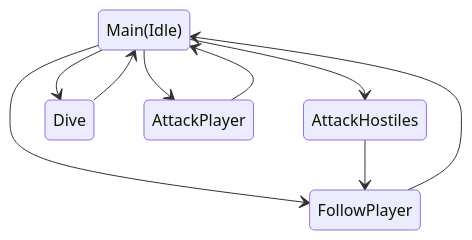
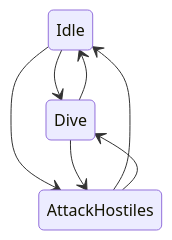
Before and after one commit to AkagawaTsurunaki/KonekoMinecraftBot: the diagram in README.md, drawn with Mermaid. The commit also changed 3 other files, not shown here.

````diff
--- a/README.md
+++ b/README.md
@@ -5,23 +5,30 @@
 ```mermaid
 stateDiagram
 %%    Main(Idle) --> SearchFood
 %%    SearchFood  --> Eat
 %%    SearchFood --> Hunting
 %%    Hunting --> Cooking
 %%    Cooking --> SearchFood
 %%    SearchFood --> Harvest
 %%    Harvest --> Crafting
 %%    Crafting --> Eat
     
-    Main(Idle) --> FollowPlayer
-    FollowPlayer --> Main(Idle)
-
-    Main(Idle) --> AttackHostiles
-    AttackHostiles --> FollowPlayer
-
-    Main(Idle) --> Dive
-    Dive --> Main(Idle)
-
-    Main(Idle) --> AttackPlayer
-    AttackPlayer --> Main(Idle)
+%%    Main(Idle) --> FollowPlayer
+%%    FollowPlayer --> Main(Idle)
+%%
+%%    Main(Idle) --> AttackHostiles
+%%    AttackHostiles --> FollowPlayer
+%%    AttackHostiles --> Dive
+%%
+%%    Main(Idle) --> Dive
+%%    Dive --> Main(Idle)
+%%
+%%    Main(Idle) --> AttackPlayer
+%%    AttackPlayer --> Main(Idle)
+    Idle --> Dive
+    Dive --> Idle
+    Idle --> AttackHostiles
+    AttackHostiles --> Idle
+    Dive --> AttackHostiles
+    AttackHostiles --> Dive
 ```
````
